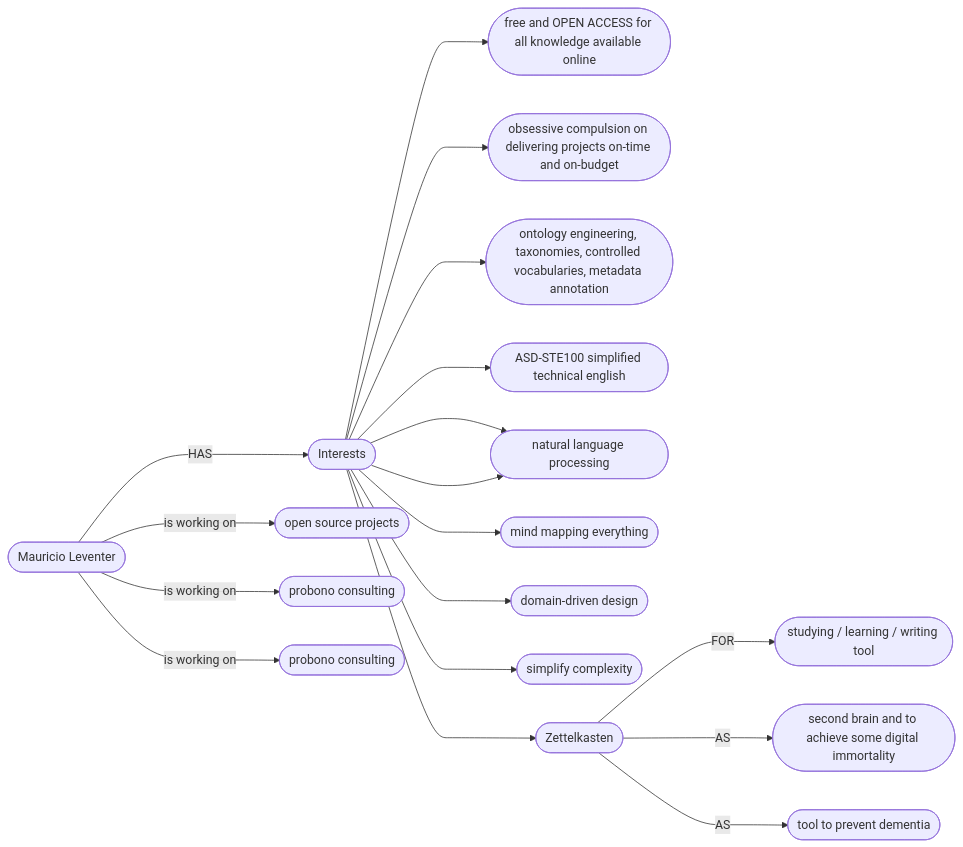
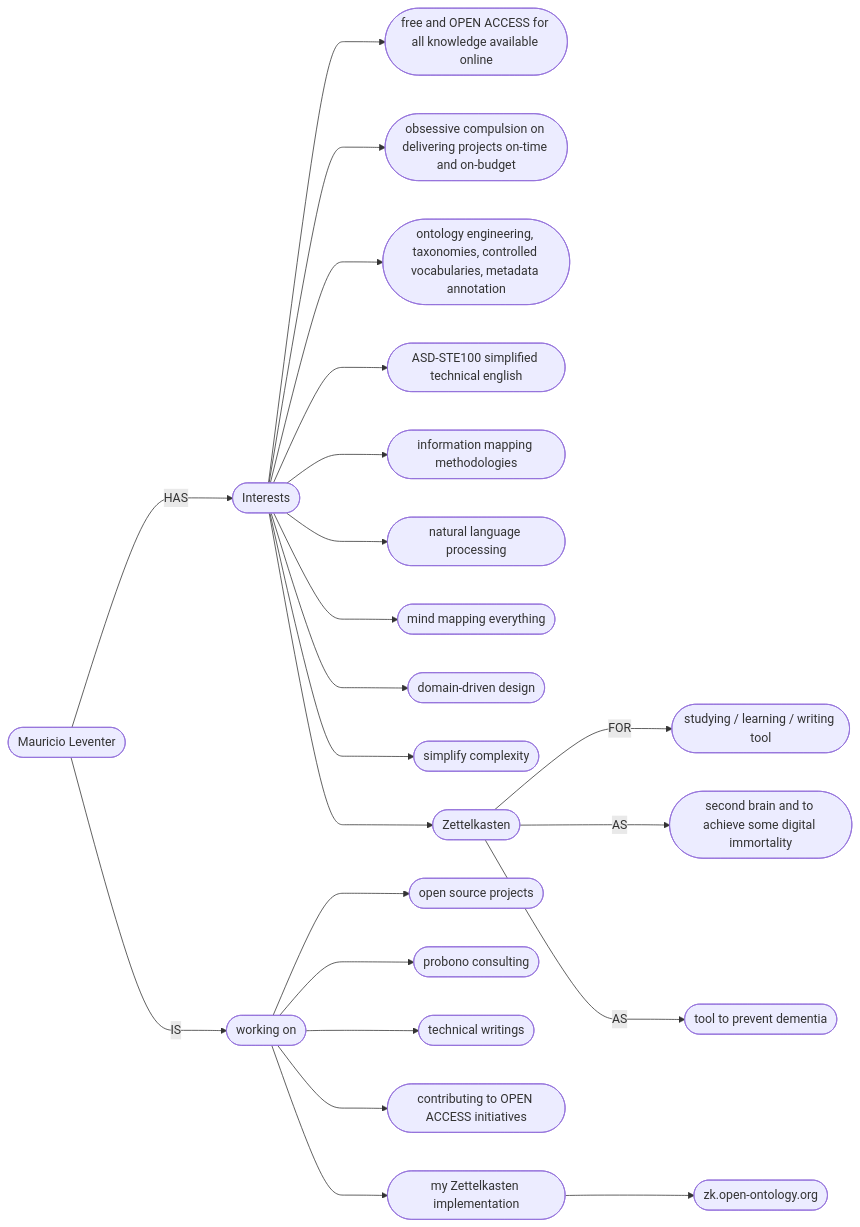
One commit to mleventer/mleventer changed the diagram in README.md. Above: the diagram before and after it, drawn with Mermaid.

````diff
--- a/README.md
+++ b/README.md
@@ -4,20 +4,24 @@
 ```mermaid
 flowchart LR
     A([Mauricio Leventer]) --->|HAS| B([Interests])
     B ---> I1([free and OPEN ACCESS for all knowledge available online])
     B ---> I2([obsessive compulsion on delivering projects on-time and on-budget])
     B ---> I3([ontology engineering, taxonomies, controlled vocabularies, metadata annotation])
     B ---> I4([ASD-STE100 simplified technical english])
     B ---> I5([information mapping methodologies])
-    B ---> I5([natural language processing])
-    B ---> I6([mind mapping everything]) 
-    B ---> I7([domain-driven design]) 
-    B ---> I8([simplify complexity]) 
+    B ---> I6([natural language processing])
+    B ---> I7([mind mapping everything]) 
+    B ---> I8([domain-driven design]) 
+    B ---> I9([simplify complexity]) 
     B ---> J([Zettelkasten])
     J --->|FOR| J1([studying / learning / writing tool]) 
     J --->|AS| J2([second brain and to achieve some digital immortality]) 
     J --->|AS| J3([tool to prevent dementia])
-    A --->| is working on | C1([open source projects])
-    A --->| is working on | C2([probono consulting])
-    A --->| is working on | C3([probono consulting])
+    A --->|IS| C([working on])
+    C ---> C1([open source projects])
+    C ---> C2([probono consulting])
+    C ---> C3([technical writings])
+    C ---> C4([contributing to OPEN ACCESS initiatives])
+    C ---> H([my Zettelkasten implementation])
+    H ---> H1([zk.open-ontology.org])
 ```
````
